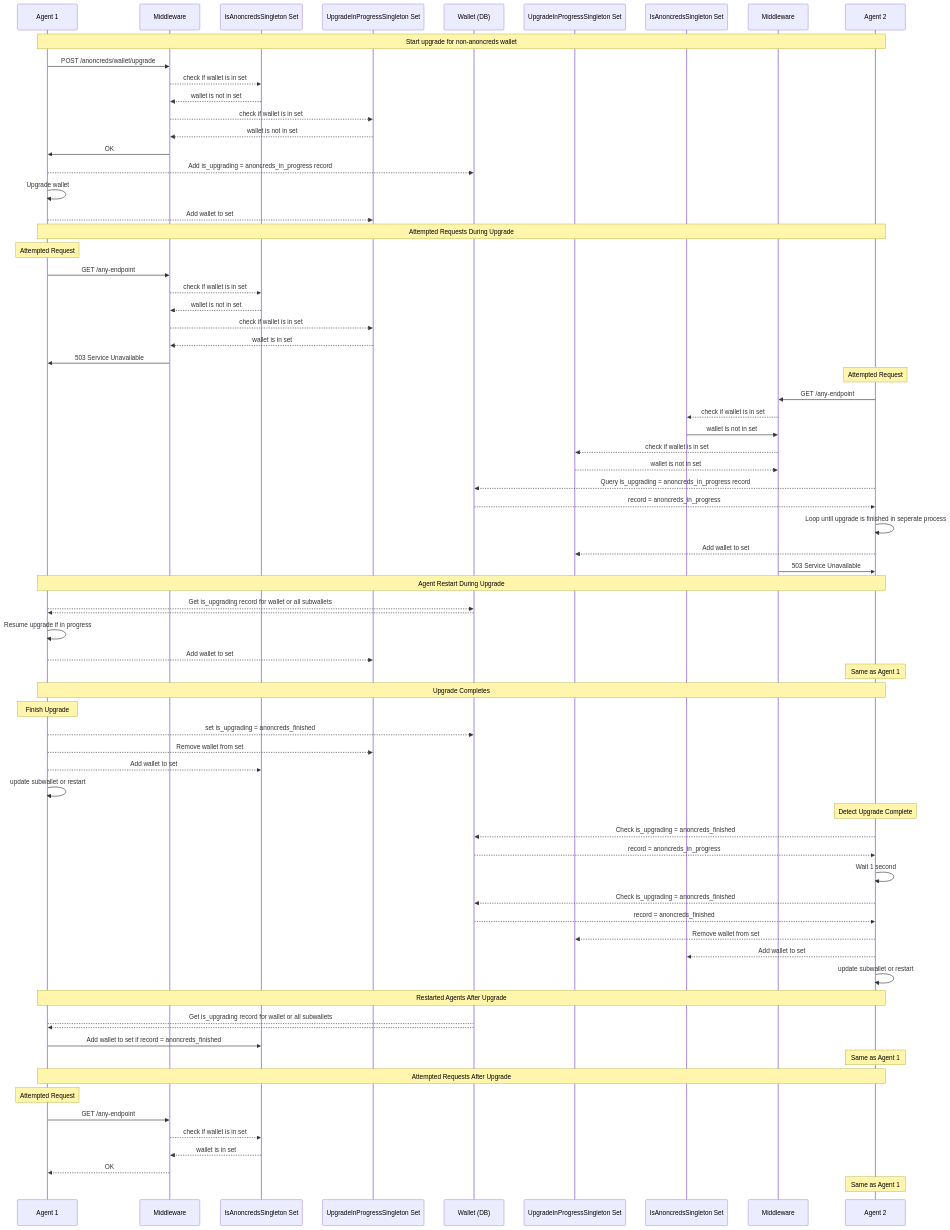
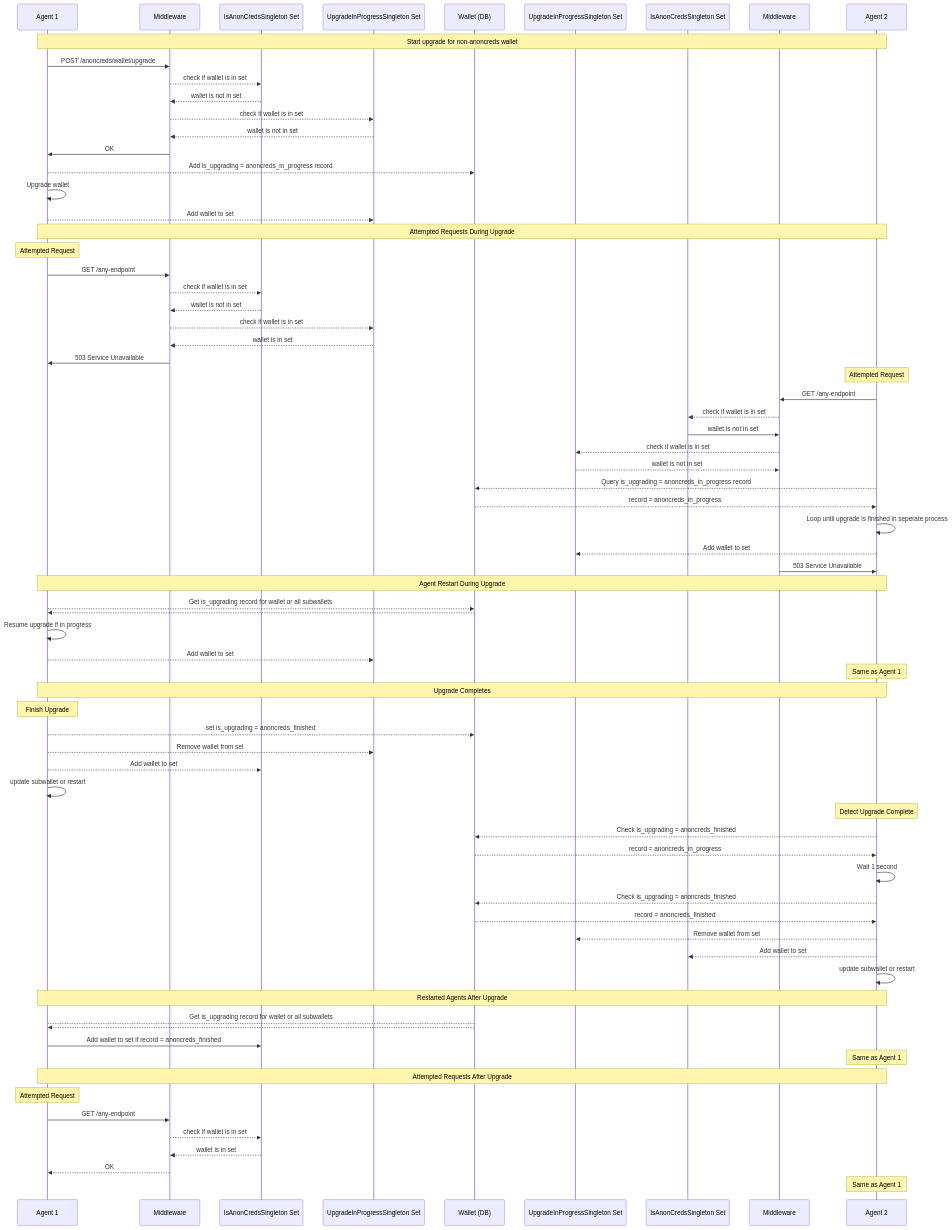
The diagram in docs/design/UpgradeViaApi.md (openwallet-foundation/acapy), drawn with Mermaid before and after one commit. The commit also changed 7 other files, not shown here.

Commit message:
:art: Rename Anoncreds to AnonCreds in docs and other files

```diff
--- a/docs/design/UpgradeViaApi.md
+++ b/docs/design/UpgradeViaApi.md
@@ -12,11 +12,11 @@
 sequenceDiagram
     participant A1 as Agent 1
     participant M1 as Middleware
-    participant IAS1 as IsAnoncredsSingleton Set
+    participant IAS1 as IsAnonCredsSingleton Set
     participant UIPS1 as UpgradeInProgressSingleton Set
     participant W as Wallet (DB)
     participant UIPS2 as UpgradeInProgressSingleton Set
-    participant IAS2 as IsAnoncredsSingleton Set
+    participant IAS2 as IsAnonCredsSingleton Set
     participant M2 as Middleware
     participant A2 as Agent 2
 
```
